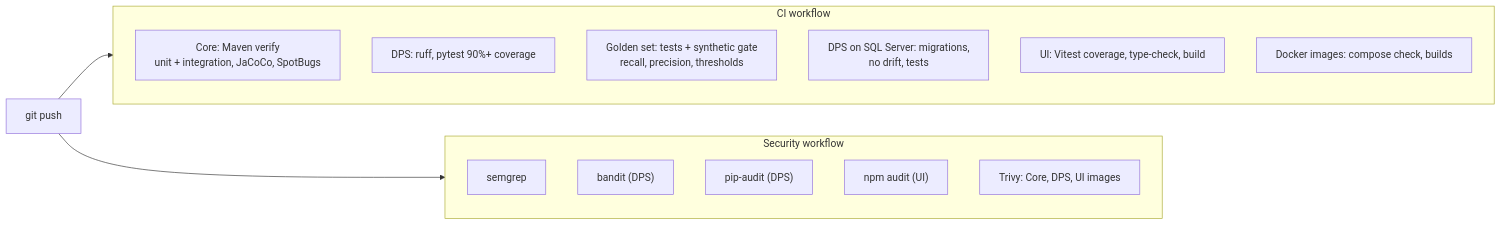
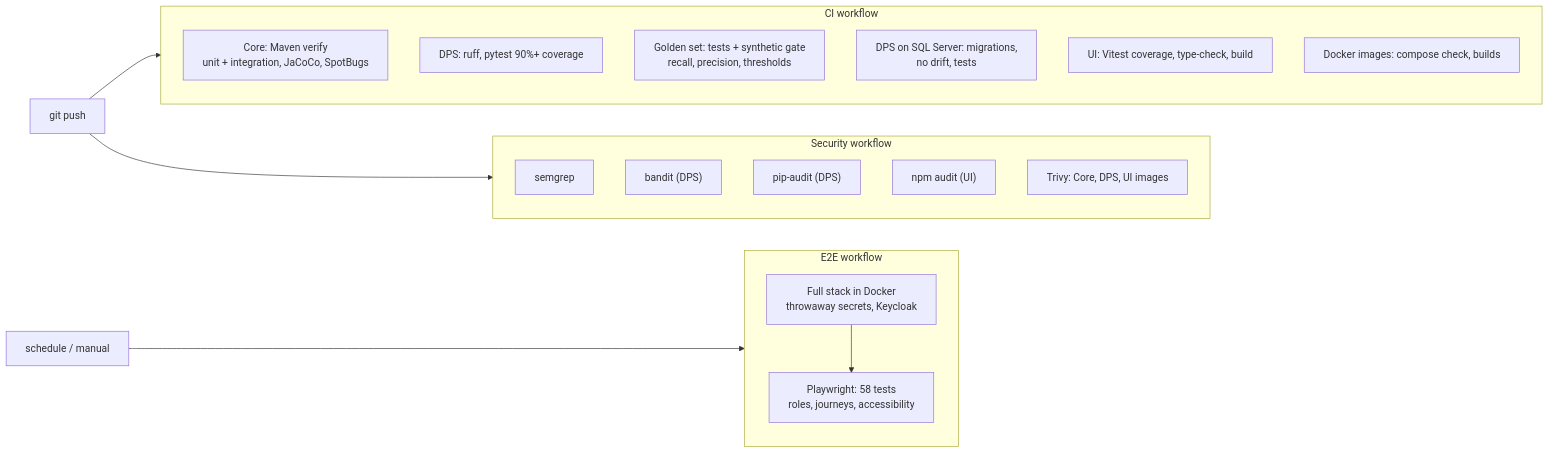
The ninth of 9 diagrams in docs/architecture/covenant-platform.md (Vishwas2311/loan-covenant-platform), drawn with Mermaid before and after one commit. The commit also changed other lines of this file and 1 other file, not shown here.

First line of the commit message:
Architecture page: fill the gaps found against the code graph

````diff
--- a/docs/architecture/covenant-platform.md
+++ b/docs/architecture/covenant-platform.md
@@ -306,20 +390,26 @@
 ```mermaid
 %%{init: {"flowchart": {"wrappingWidth": 420}}}%%
 flowchart LR
     push["git push"] --> ci & secw
+    nightly["schedule / manual"] --> e2e
     subgraph ci["CI workflow"]
         b1["Core: Maven verify<br/>unit + integration, JaCoCo, SpotBugs"]
         b2["DPS: ruff, pytest 90%+ coverage"]
         b3["Golden set: tests + synthetic gate<br/>recall, precision, thresholds"]
         b5["DPS on SQL Server: migrations,<br/>no drift, tests"]
         b4["UI: Vitest coverage, type-check, build"]
         b6["Docker images: compose check, builds"]
     end
     subgraph secw["Security workflow"]
         s1["semgrep"]
         s2["bandit (DPS)"]
         s3["pip-audit (DPS)"]
         s4["npm audit (UI)"]
         s5["Trivy: Core, DPS, UI images"]
     end
+    subgraph e2e["E2E workflow"]
+        e1["Full stack in Docker<br/>throwaway secrets, Keycloak"]
+        e2["Playwright: 58 tests<br/>roles, journeys, accessibility"]
+        e1 --> e2
+    end
 ```
````
